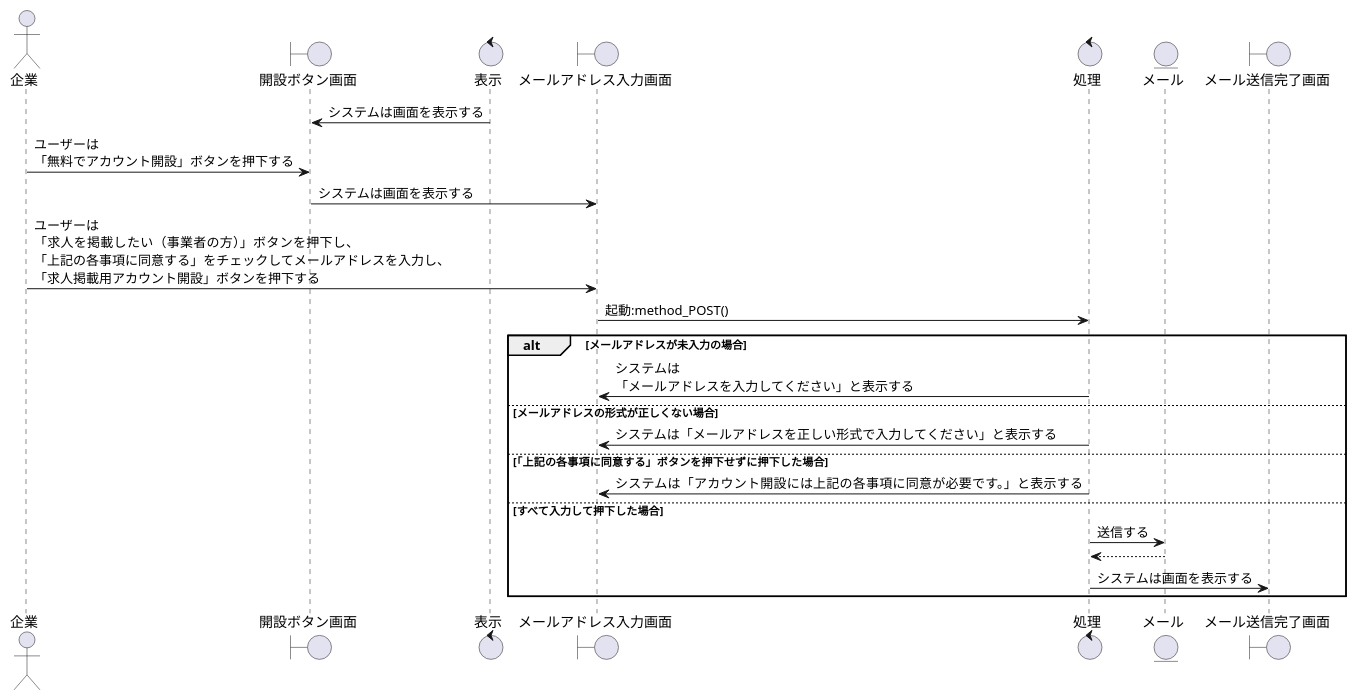
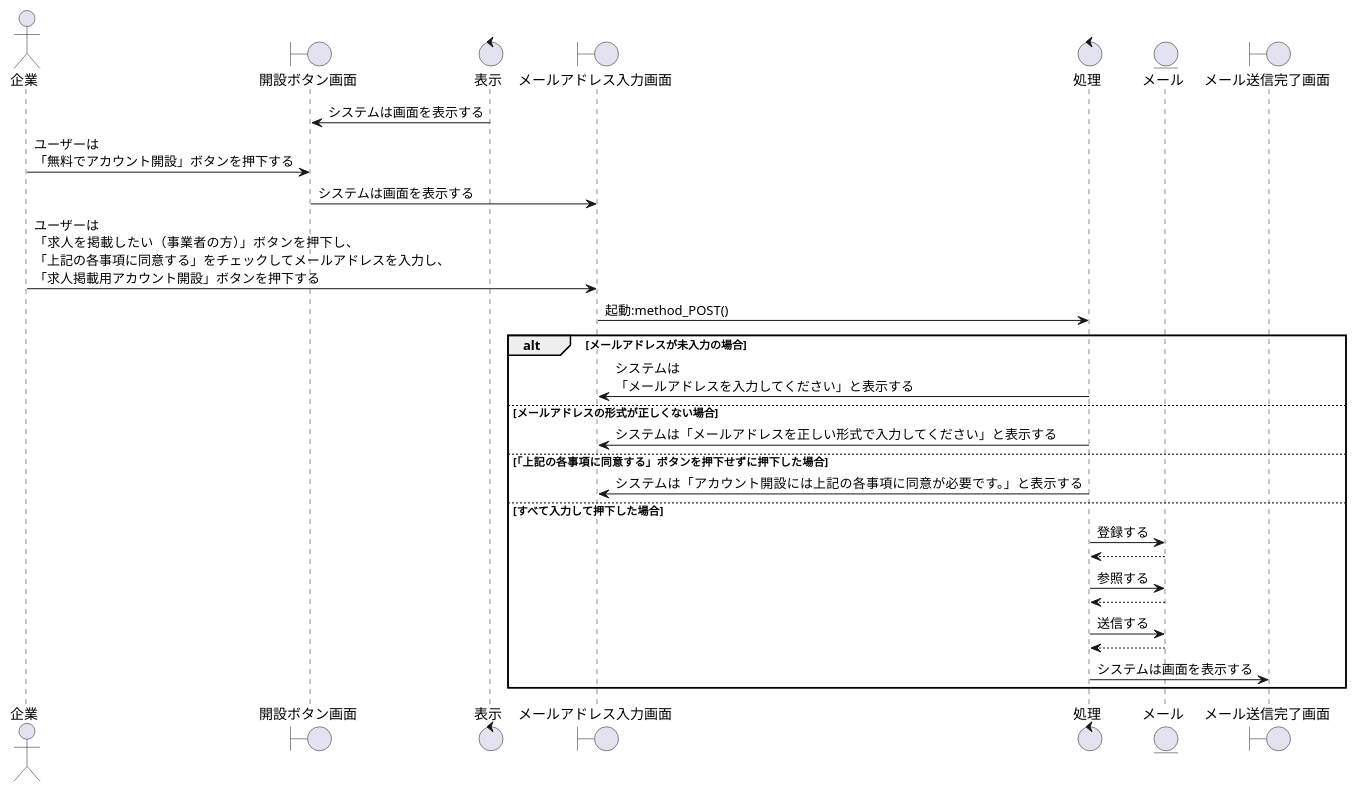
The diagram in sequence_fig/1_login_fn/3_1_アカウント開設をする.pu (irukacb256/high_Me), drawn with PlantUML before and after one commit. The commit also changed 1 other file, not shown here.

```diff
--- a/sequence_fig/1_login_fn/3_1_アカウント開設をする.pu
+++ b/sequence_fig/1_login_fn/3_1_アカウント開設をする.pu
@@ -1,40 +1,44 @@
 @startuml アカウント開設をする
 
 ' 1
 actor 企業 as cp1
 
 boundary 開設ボタン画面 as onv1
 control 表示 as co1
 
 boundary メールアドレス入力画面 as mav1
 control 処理 as co2
 
 entity メール as ml1
 
 boundary メール送信完了画面 as msv1
 
 ' 2
 co1 -> onv1 : システムは画面を表示する
 cp1 -> onv1 : ユーザーは\n「無料でアカウント開設」ボタンを押下する
 onv1 -> mav1 : システムは画面を表示する
 cp1 -> mav1 : ユーザーは\n「求人を掲載したい（事業者の方）」ボタンを押下し、\n「上記の各事項に同意する」をチェックしてメールアドレスを入力し、\n「求人掲載用アカウント開設」ボタンを押下する
 
 mav1 -> co2 : 起動:method_POST()
 
 
 alt メールアドレスが未入力の場合
     co2 -> mav1 : システムは\n「メールアドレスを入力してください」と表示する
 
 else メールアドレスの形式が正しくない場合
     co2 -> mav1 : システムは「メールアドレスを正しい形式で入力してください」と表示する
 
 else 「上記の各事項に同意する」ボタンを押下せずに押下した場合
     co2 -> mav1 : システムは「アカウント開設には上記の各事項に同意が必要です。」と表示する
 
 else すべて入力して押下した場合
+    co2 -> ml1 : 登録する
+    co2 <-- ml1
+    co2 -> ml1 : 参照する
+    co2 <-- ml1
     co2 -> ml1 : 送信する
     co2 <-- ml1
     co2 -> msv1 : システムは画面を表示する 
 
 end
 @enduml
```
